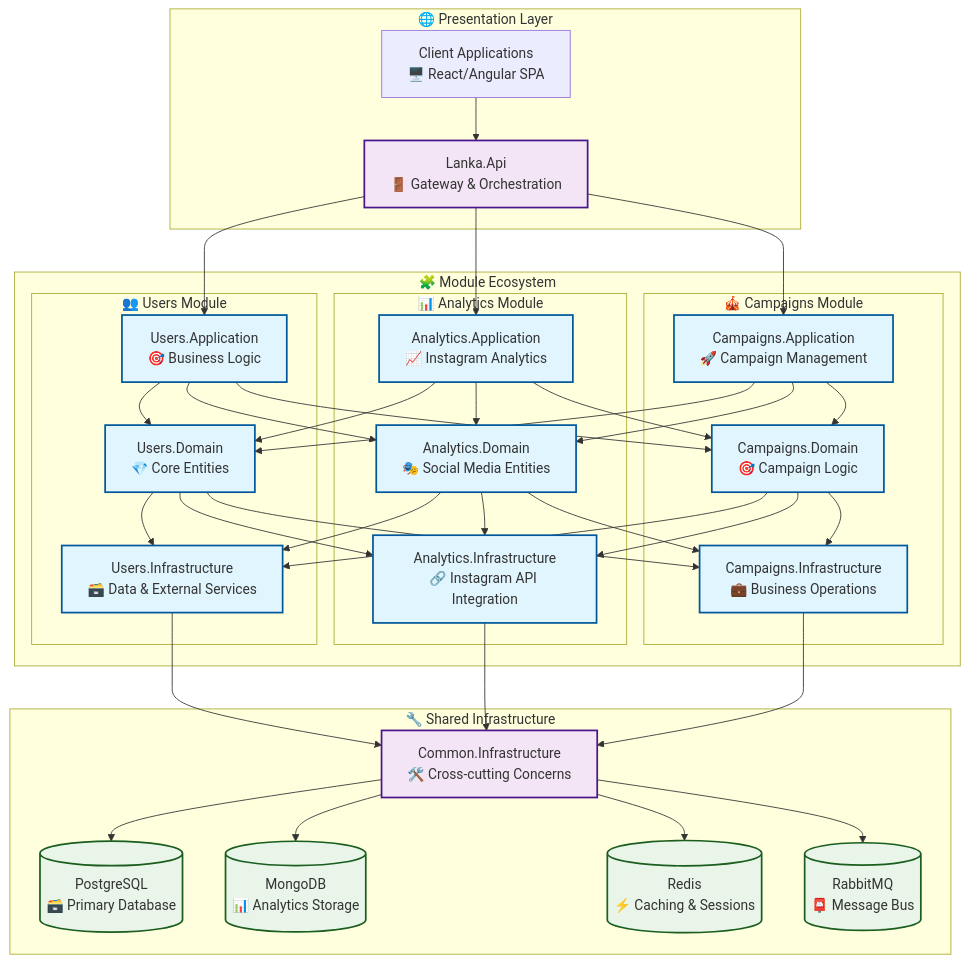
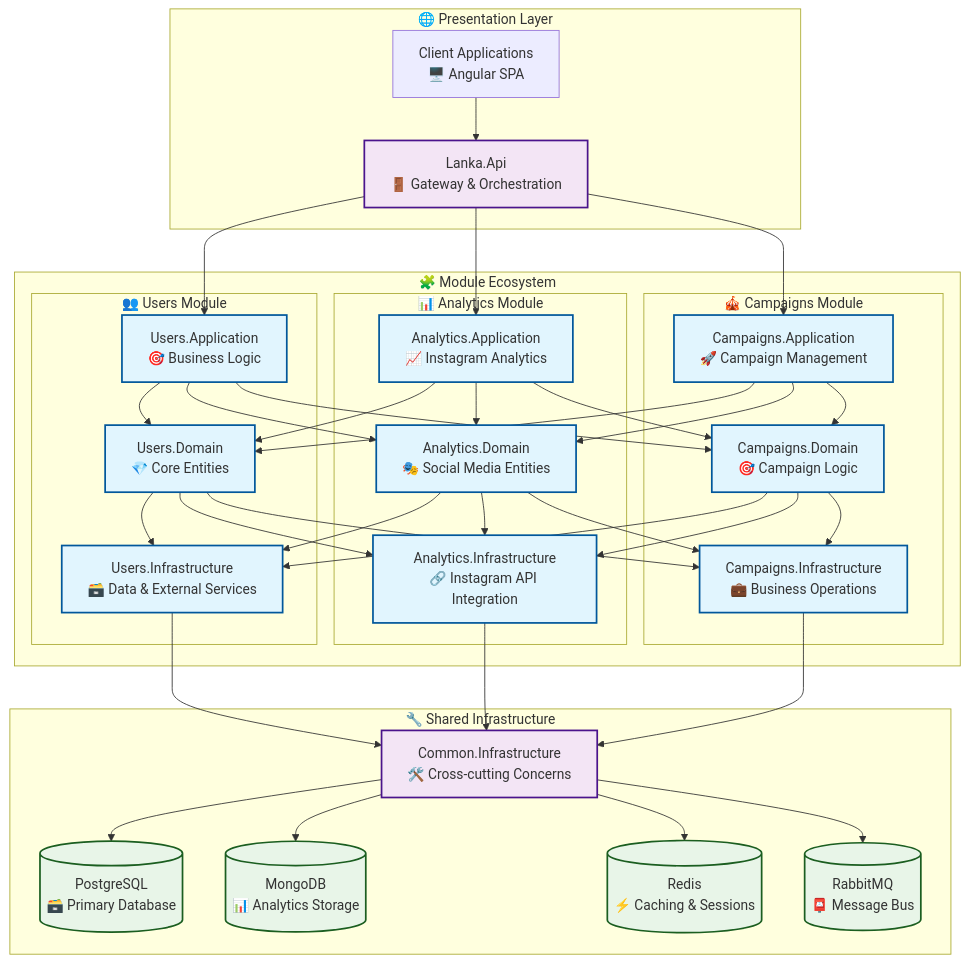
The diagram in docs/README.md (IIIA-KO/Lanka), drawn with Mermaid before and after one commit. The commit also changed other lines of this file and 5 other files, not shown here.

````diff
--- a/docs/README.md
+++ b/docs/README.md
@@ -58,50 +60,50 @@
 ```mermaid
 graph TB
     subgraph "🌐 Presentation Layer"
         API[Lanka.Api<br/>🚪 Gateway & Orchestration]
-        WEB[Client Applications<br/>🖥️ React/Angular SPA]
+        WEB[Client Applications<br/>🖥️ Angular SPA]
     end
     
     subgraph "🧩 Module Ecosystem"
         subgraph "👥 Users Module"
             UA[Users.Application<br/>🎯 Business Logic]
             UD[Users.Domain<br/>💎 Core Entities]
             UI[Users.Infrastructure<br/>🗃️ Data & External Services]
         end
         
         subgraph "📊 Analytics Module"
             AA[Analytics.Application<br/>📈 Instagram Analytics]
             AD[Analytics.Domain<br/>🎭 Social Media Entities]
             AI[Analytics.Infrastructure<br/>🔗 Instagram API Integration]
         end
         
         subgraph "🎪 Campaigns Module"
             CA[Campaigns.Application<br/>🚀 Campaign Management]
             CD[Campaigns.Domain<br/>🎯 Campaign Logic]
             CI[Campaigns.Infrastructure<br/>💼 Business Operations]
         end
     end
     
     subgraph "🔧 Shared Infrastructure"
         COMMON[Common.Infrastructure<br/>🛠️ Cross-cutting Concerns]
         DB[(PostgreSQL<br/>🗃️ Primary Database)]
         MONGO[(MongoDB<br/>📊 Analytics Storage)]
         REDIS[(Redis<br/>⚡ Caching & Sessions)]
         RABBIT[(RabbitMQ<br/>📮 Message Bus)]
     end
     
     API --> UA & AA & CA
     WEB --> API
     UA & AA & CA --> UD & AD & CD
     UD & AD & CD --> UI & AI & CI
     UI & AI & CI --> COMMON
     COMMON --> DB & MONGO & REDIS & RABBIT
     
     classDef moduleStyle fill:#e1f5fe,stroke:#01579b,stroke-width:2px
     classDef infraStyle fill:#f3e5f5,stroke:#4a148c,stroke-width:2px
     classDef dataStyle fill:#e8f5e8,stroke:#1b5e20,stroke-width:2px
     
     class UA,UD,UI,AA,AD,AI,CA,CD,CI moduleStyle
     class API,COMMON infraStyle
     class DB,MONGO,REDIS,RABBIT dataStyle
 ```
````
